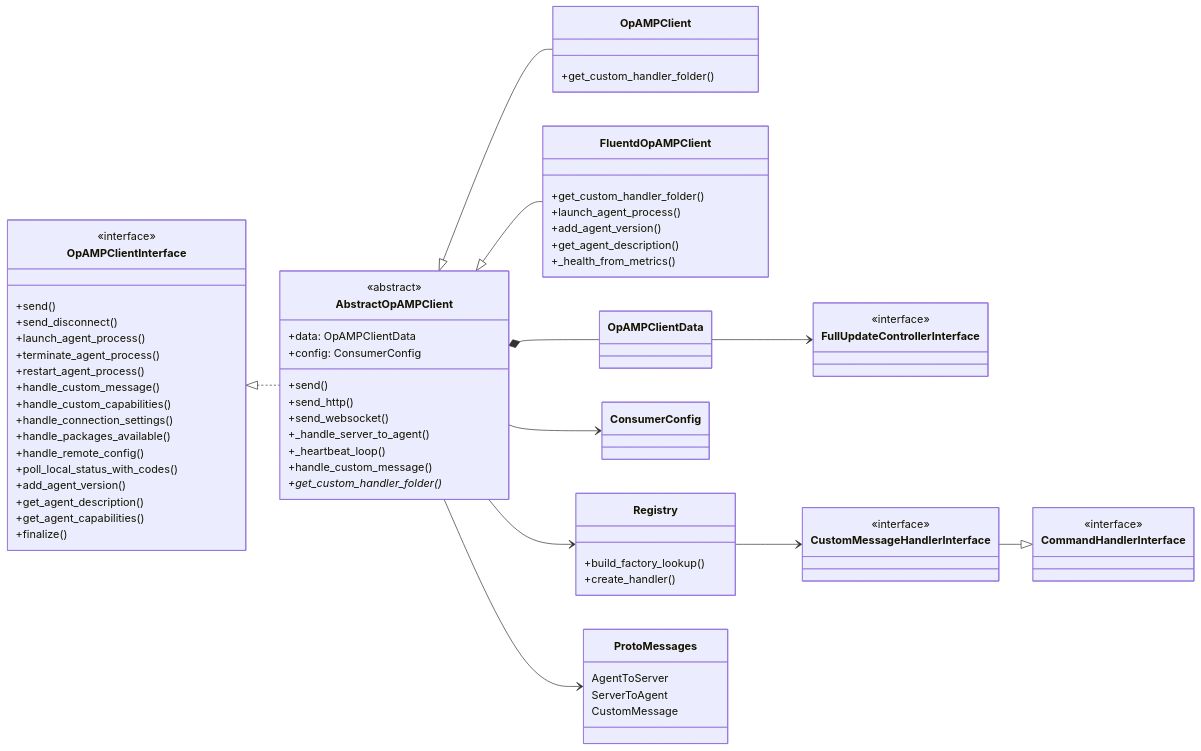
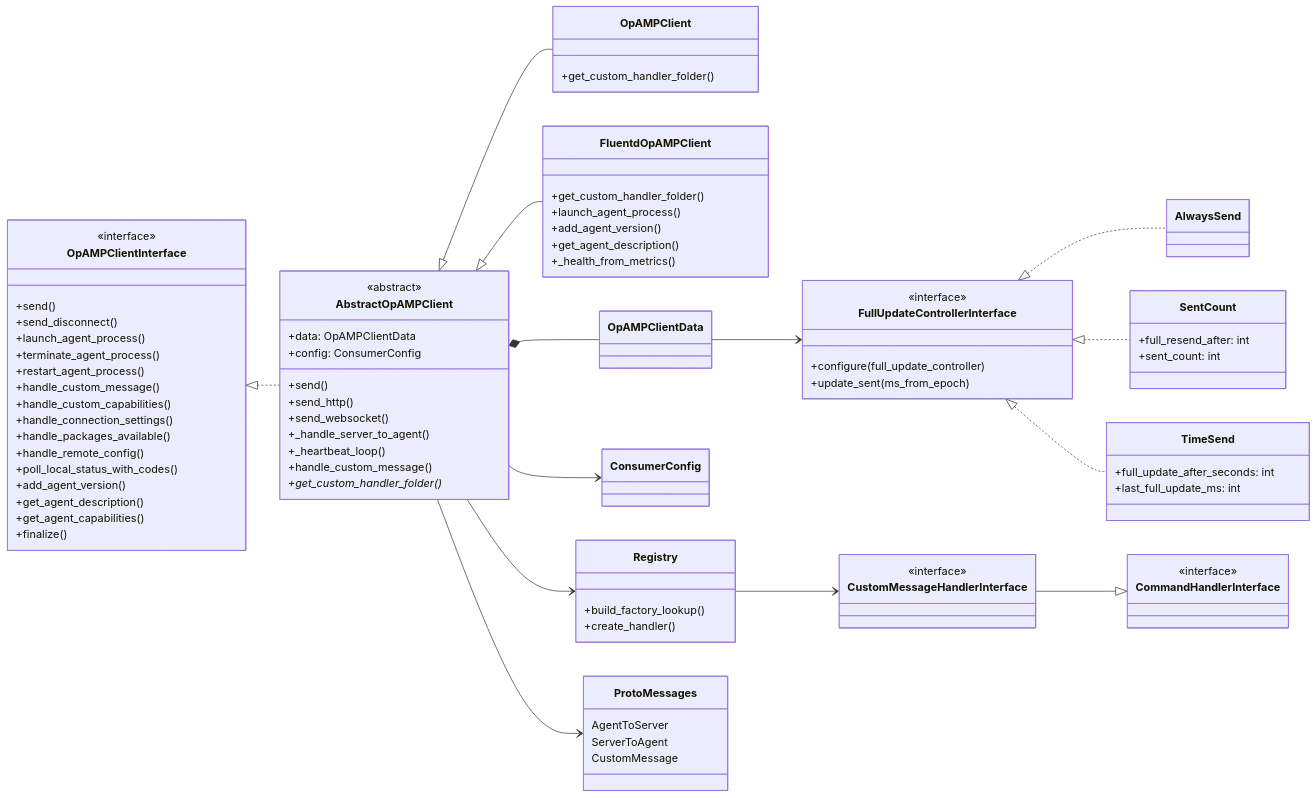
The first of 3 diagrams in docs/consumer_client_diagram.md (mp3monster/fluent-bit-opamp), drawn with Mermaid before and after one commit. The commit also changed other lines of this file and 9 other files, not shown here.

```diff
--- a/docs/consumer_client_diagram.md
+++ b/docs/consumer_client_diagram.md
@@ -54,6 +54,17 @@
     class ConsumerConfig
     class FullUpdateControllerInterface {
       <<interface>>
+      +configure(full_update_controller)
+      +update_sent(ms_from_epoch)
+    }
+    class AlwaysSend
+    class SentCount {
+      +full_resend_after: int
+      +sent_count: int
+    }
+    class TimeSend {
+      +full_update_after_seconds: int
+      +last_full_update_ms: int
     }
     class CommandHandlerInterface {
       <<interface>>
@@ -78,6 +89,9 @@
     AbstractOpAMPClient *-- OpAMPClientData
     AbstractOpAMPClient --> ConsumerConfig
     OpAMPClientData --> FullUpdateControllerInterface
+    FullUpdateControllerInterface <|.. AlwaysSend
+    FullUpdateControllerInterface <|.. SentCount
+    FullUpdateControllerInterface <|.. TimeSend
 
     AbstractOpAMPClient --> Registry
     Registry --> CustomMessageHandlerInterface
```
